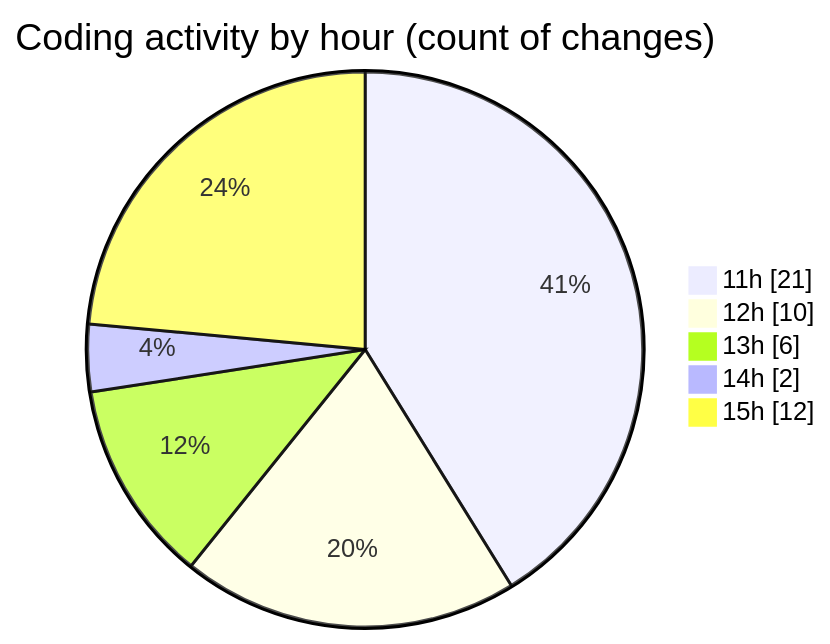
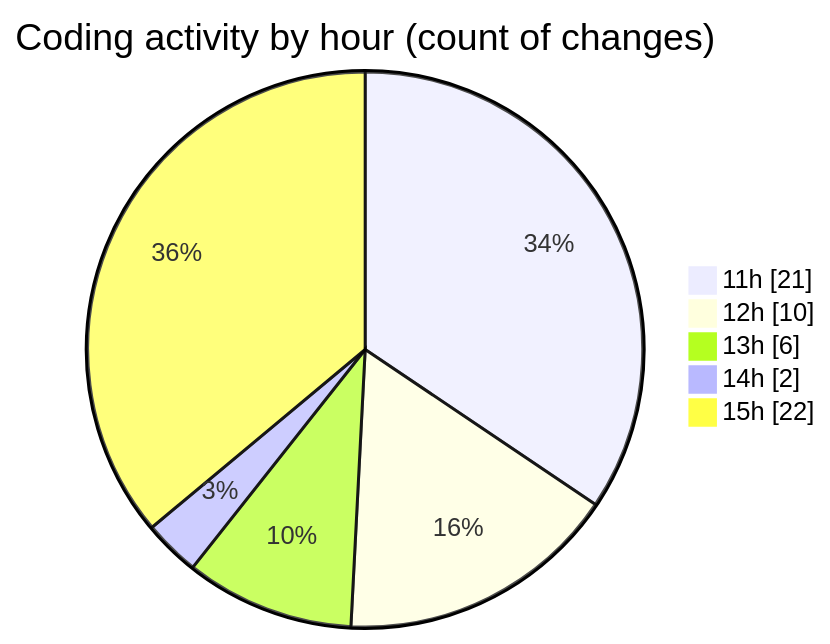
One commit to nxtqubesakshisongat/code-tracking changed the second of 2 diagrams in 2025-07-14/argos/README.md. Above: the diagram before and after it, drawn with Mermaid. The commit also changed other lines of this file and 1 other file, not shown here.

````diff
--- a/2025-07-14/argos/README.md
+++ b/2025-07-14/argos/README.md
@@ -35,9 +35,9 @@
 ```mermaid
 pie showData
 title Coding activity by hour (count of changes)
 "11h" : 21
 "12h" : 10
 "13h" : 6
 "14h" : 2
-"15h" : 12
+"15h" : 22
 ```
````
